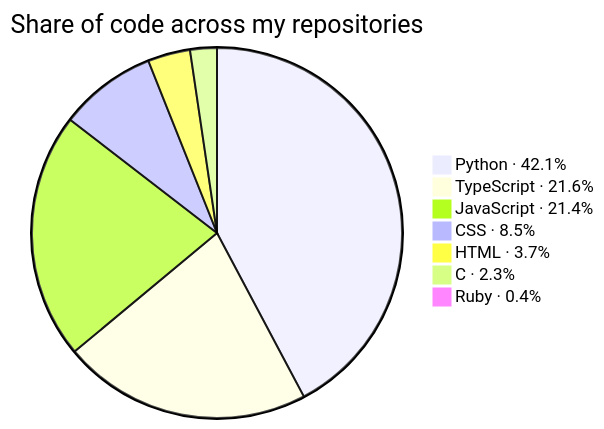
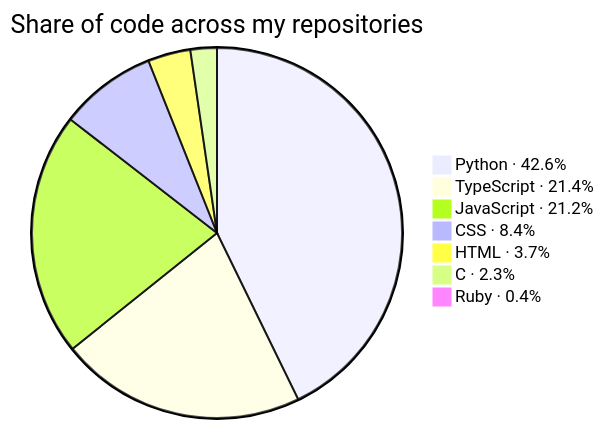
The second of 3 diagrams in README.md (KathFK1234/KathFK1234), drawn with Mermaid before and after one commit. The commit also changed other lines of this file and 1 other file, not shown here.

Commit message:
Update languages, tools, the mood command and project updates

````diff
--- a/README.md
+++ b/README.md
@@ -109,11 +109,11 @@
 ```mermaid
 %%{init: {"themeVariables": {"pieSectionTextSize": "0px"}}}%%
 pie title Share of code across my repositories
-    "Python · 42.1%" : 1133.7
-    "TypeScript · 21.6%" : 583.1
-    "JavaScript · 21.4%" : 577.2
-    "CSS · 8.5%" : 228.2
-    "HTML · 3.7%" : 99.5
+    "Python · 42.6%" : 1161.8
+    "TypeScript · 21.4%" : 583.1
+    "JavaScript · 21.2%" : 577.2
+    "CSS · 8.4%" : 230.2
+    "HTML · 3.7%" : 101.1
     "C · 2.3%" : 62.7
     "Ruby · 0.4%" : 10.1
 ```
````
